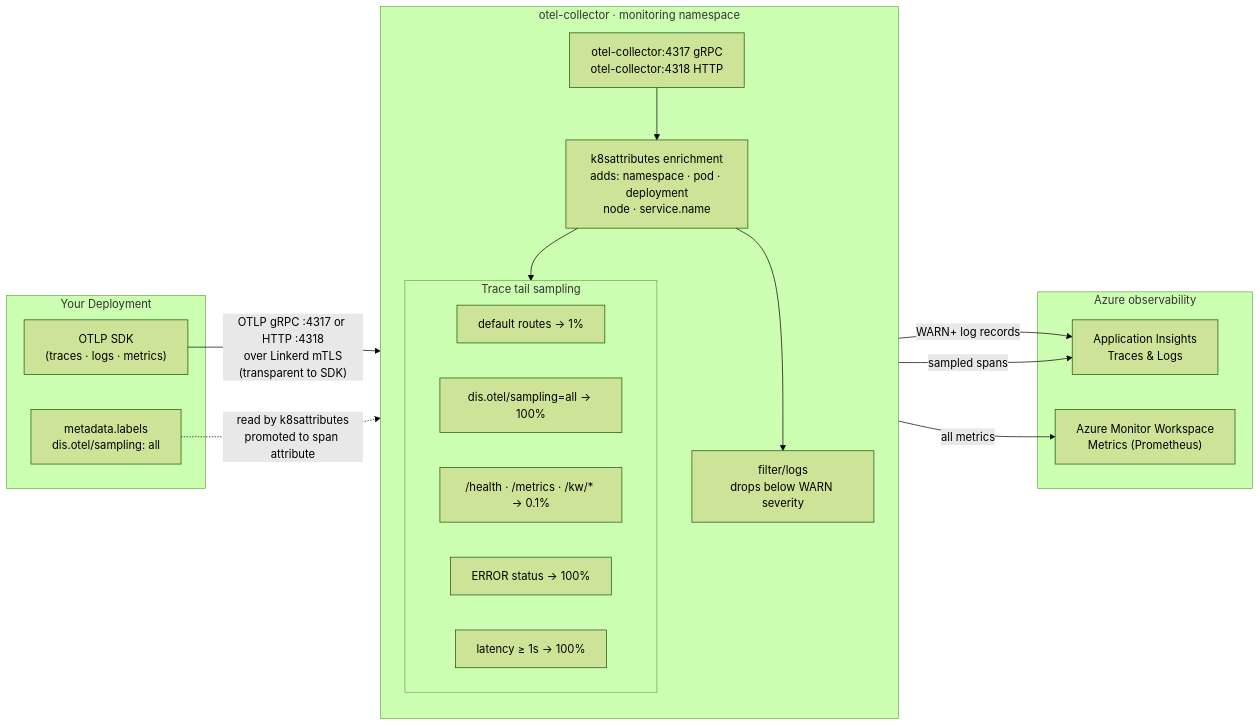
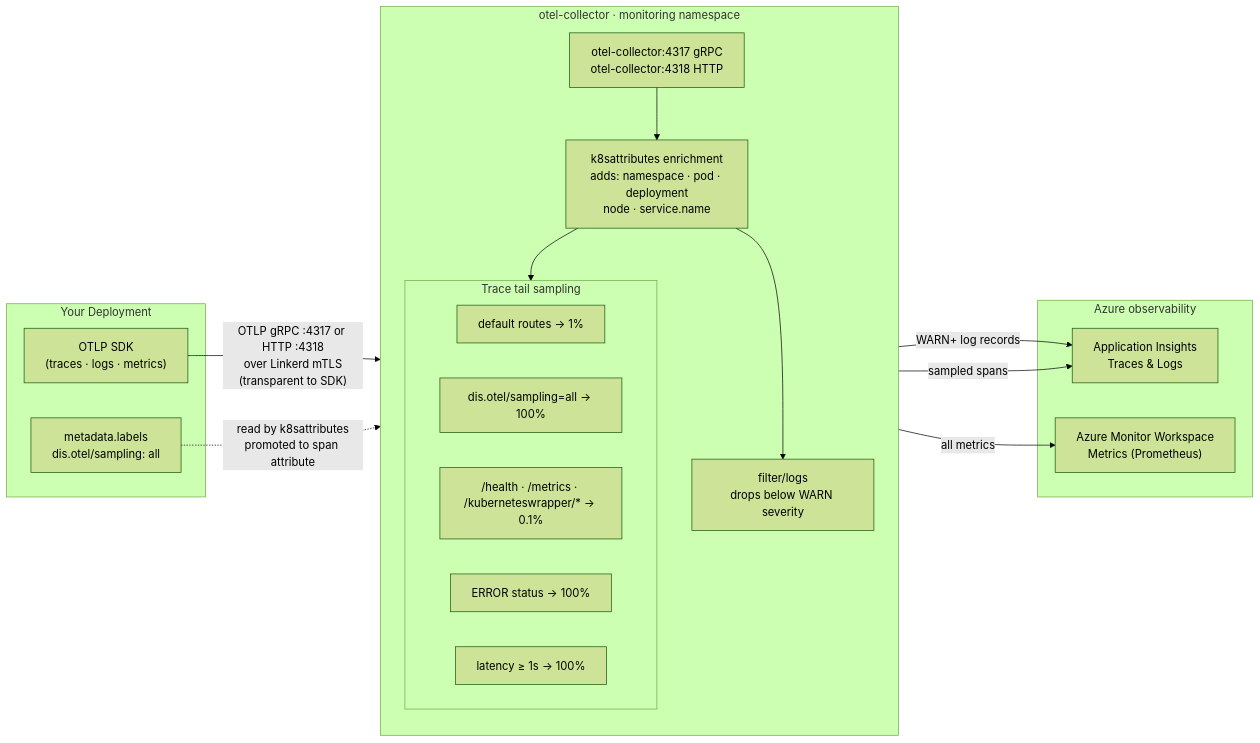
The second of 2 diagrams in oci/otel-collector/README.md (dis-way/gitops-manifests), drawn with Mermaid (forest theme) before and after one commit. The commit also changed other lines of this file, not shown here.

Commit message:
fix: more fixes from coderabbit review

````diff
--- a/oci/otel-collector/README.md
+++ b/oci/otel-collector/README.md
@@ -49,37 +49,37 @@
 ```mermaid
 flowchart LR
     subgraph your_app["Your Deployment"]
         sdk["OTLP SDK\n(traces · logs · metrics)"]
         label["metadata.labels\ndis.otel/sampling: all"]
     end
 
     subgraph collector["otel-collector  ·  monitoring namespace"]
         direction TB
         ep["otel-collector:4317 gRPC\notel-collector:4318 HTTP"]
 
         subgraph sampling["Trace tail sampling"]
             s1["default routes → 1%"]
             s2["dis.otel/sampling=all → 100%"]
-            s3["/health · /metrics · /kw/* → 0.1%"]
+            s3["/health · /metrics · /kuberneteswrapper/* → 0.1%"]
             s4["ERROR status → 100%"]
             s5["latency ≥ 1s → 100%"]
         end
 
         enrich["k8sattributes enrichment\nadds: namespace · pod · deployment\nnode · service.name"]
         filter["filter/logs\ndrops below WARN severity"]
     end
 
     subgraph azure["Azure observability"]
         ai["Application Insights\nTraces & Logs"]
         amw["Azure Monitor Workspace\nMetrics (Prometheus)"]
     end
 
     sdk -->|"OTLP gRPC :4317 or HTTP :4318\nover Linkerd mTLS\n(transparent to SDK)"| ep
     label -.->|"read by k8sattributes\npromoted to span attribute"| enrich
     ep --> enrich
     enrich --> sampling
     enrich --> filter
     sampling -->|"sampled spans"| ai
     filter -->|"WARN+ log records"| ai
     enrich -->|"all metrics"| amw
 ```
````
